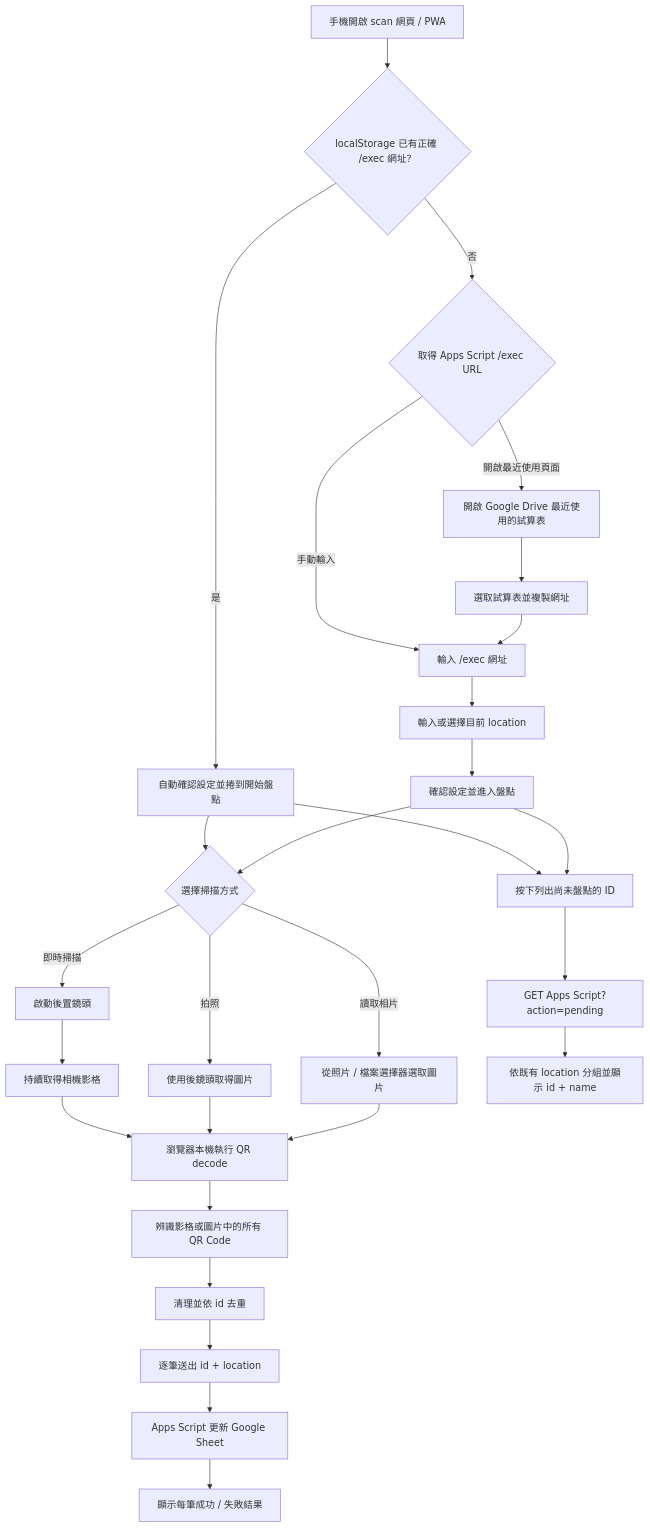
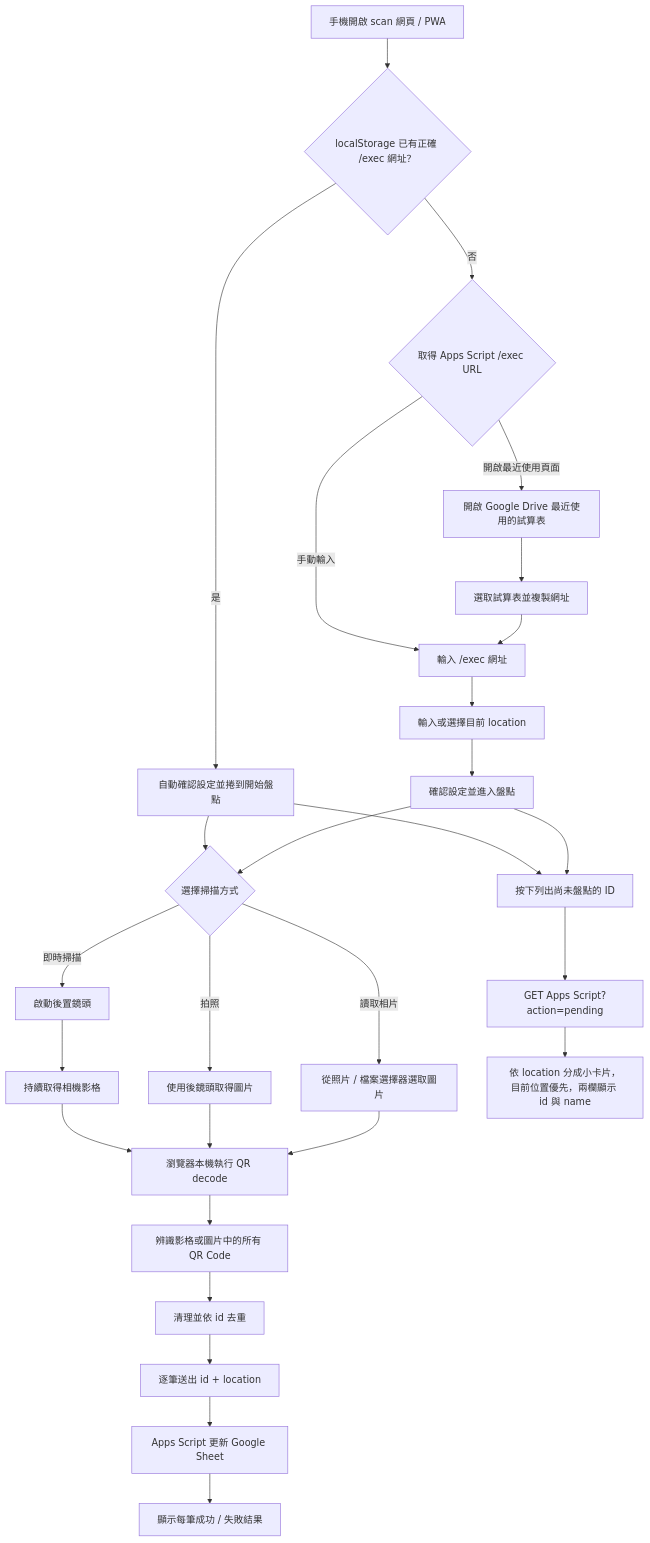
Before and after one commit to pulipulichen/Mobile-Inventory-Scanner: the diagram in scan/README.md, drawn with Mermaid. The commit also changed other lines of this file and 9 other files, not shown here.

````diff
--- a/scan/README.md
+++ b/scan/README.md
@@ -58,30 +58,30 @@
 ```mermaid
 flowchart TD
     A["手機開啟 scan 網頁 / PWA"] --> B{"localStorage 已有正確 /exec 網址？"}
     B -->|"是"| C["自動確認設定並捲到開始盤點"]
     B -->|"否"| D{"取得 Apps Script /exec URL"}
     D -->|"手動輸入"| E["輸入 /exec 網址"]
     D -->|"開啟最近使用頁面"| F["開啟 Google Drive 最近使用的試算表"]
     F --> G["選取試算表並複製網址"]
     G --> E
     E --> H["輸入或選擇目前 location"]
     H --> I["確認設定並進入盤點"]
     C --> J{"選擇掃描方式"}
     I --> J
     J -->|"即時掃描"| K["啟動後置鏡頭"]
     K --> L["持續取得相機影格"]
     J -->|"拍照"| M["使用後鏡頭取得圖片"]
     J -->|"讀取相片"| N["從照片 / 檔案選擇器選取圖片"]
     L --> O["瀏覽器本機執行 QR decode"]
     M --> O
     N --> O
     O --> P["辨識影格或圖片中的所有 QR Code"]
     P --> Q["清理並依 id 去重"]
     Q --> R["逐筆送出 id + location"]
     R --> S["Apps Script 更新 Google Sheet"]
     S --> T["顯示每筆成功 / 失敗結果"]
     C --> U["按下列出尚未盤點的 ID"]
     I --> U
     U --> V["GET Apps Script?action=pending"]
-    V --> W["依既有 location 分組並顯示 id + name"]
+    V --> W["依 location 分成小卡片，目前位置優先，兩欄顯示 id 與 name"]
 ```
````
